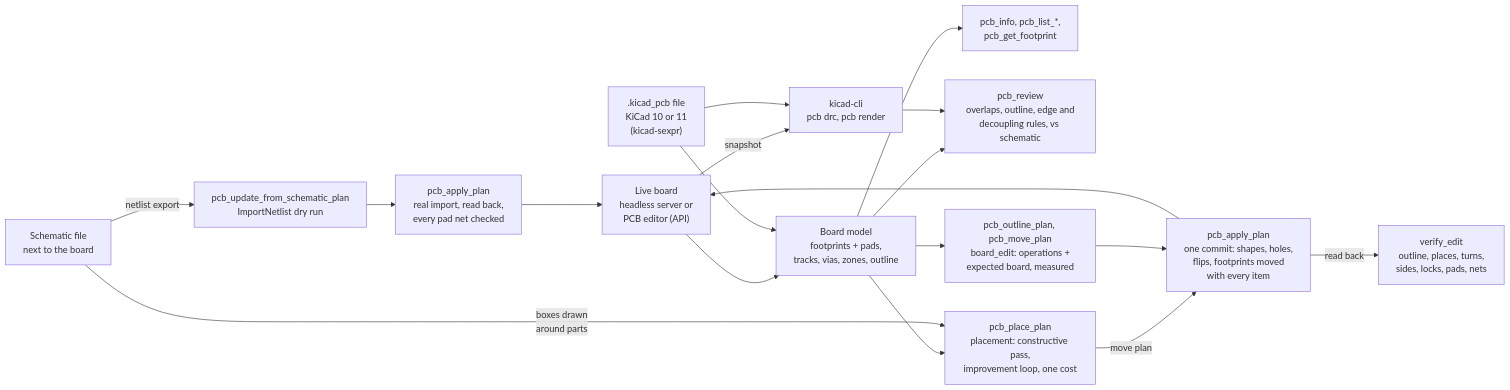
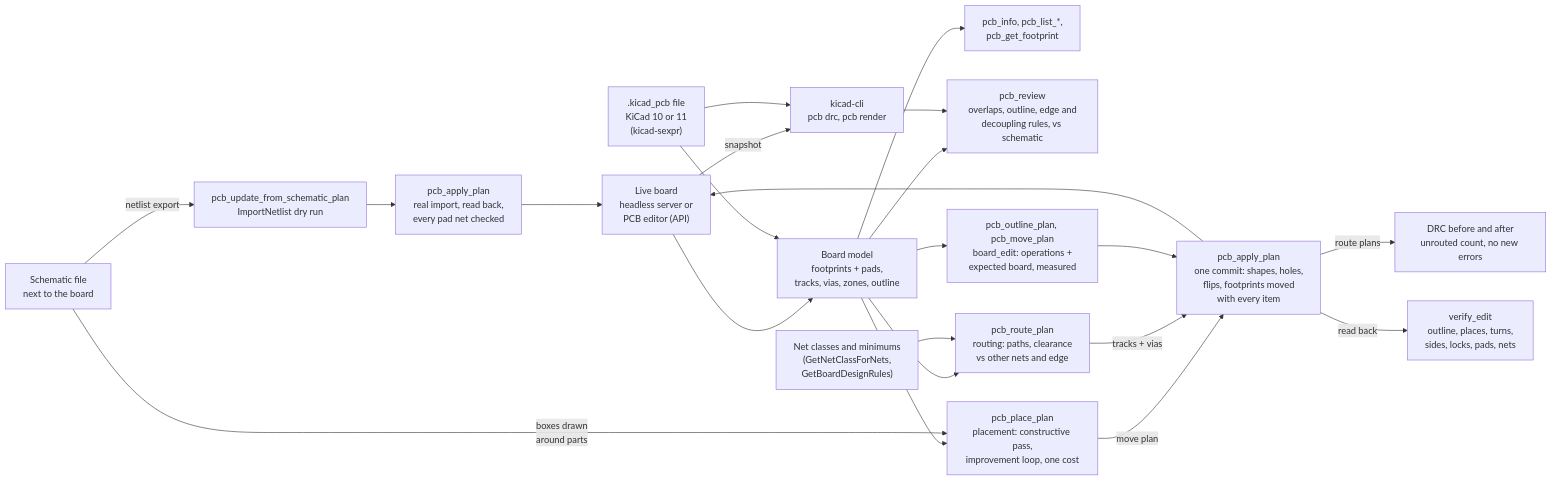
Before and after one commit to bkrajendra/thingsvu-tools: diagram 11 of 12 in docs/architecture.md, drawn with Mermaid. The commit also changed other lines of this file and 16 other files, not shown here.

First line of the commit message:
Phase 12.5: pcb_route_plan, explicit tracks and vias with clearance checks

````diff
--- a/docs/architecture.md
+++ b/docs/architecture.md
@@ -252,20 +252,24 @@
 ```mermaid
 flowchart LR
     LIVE["Live board<br/>headless server or<br/>PCB editor (API)"] --> MODEL["Board model<br/>footprints + pads,<br/>tracks, vias, zones, outline"]
     FILE[".kicad_pcb file<br/>KiCad 10 or 11<br/>(kicad-sexpr)"] --> MODEL
     MODEL --> READ["pcb_info, pcb_list_*,<br/>pcb_get_footprint"]
     MODEL --> REVIEW["pcb_review<br/>overlaps, outline, edge and<br/>decoupling rules, vs schematic"]
     LIVE -->|"snapshot"| CLI["kicad-cli<br/>pcb drc, pcb render"]
     FILE --> CLI
     CLI --> REVIEW
     SCH["Schematic file<br/>next to the board"] -->|"netlist export"| PLAN["pcb_update_from_schematic_plan<br/>ImportNetlist dry run"]
     PLAN --> APPLY["pcb_apply_plan<br/>real import, read back,<br/>every pad net checked"]
     APPLY --> LIVE
     MODEL --> EDIT["pcb_outline_plan, pcb_move_plan<br/>board_edit: operations +<br/>expected board, measured"]
     MODEL --> PLACE["pcb_place_plan<br/>placement: constructive pass,<br/>improvement loop, one cost"]
     SCH -->|"boxes drawn<br/>around parts"| PLACE
     PLACE -->|"move plan"| APPLYE
+    MODEL --> ROUTE["pcb_route_plan<br/>routing: paths, clearance<br/>vs other nets and edge"]
+    RULES["Net classes and minimums<br/>(GetNetClassForNets,<br/>GetBoardDesignRules)"] --> ROUTE
+    ROUTE -->|"tracks + vias"| APPLYE
+    APPLYE -->|"route plans"| DRCBA["DRC before and after<br/>unrouted count, no new errors"]
     EDIT --> APPLYE["pcb_apply_plan<br/>one commit: shapes, holes,<br/>flips, footprints moved<br/>with every item"]
     APPLYE --> LIVE
     APPLYE -->|"read back"| VERIFY["verify_edit<br/>outline, places, turns,<br/>sides, locks, pads, nets"]
 ```
````
